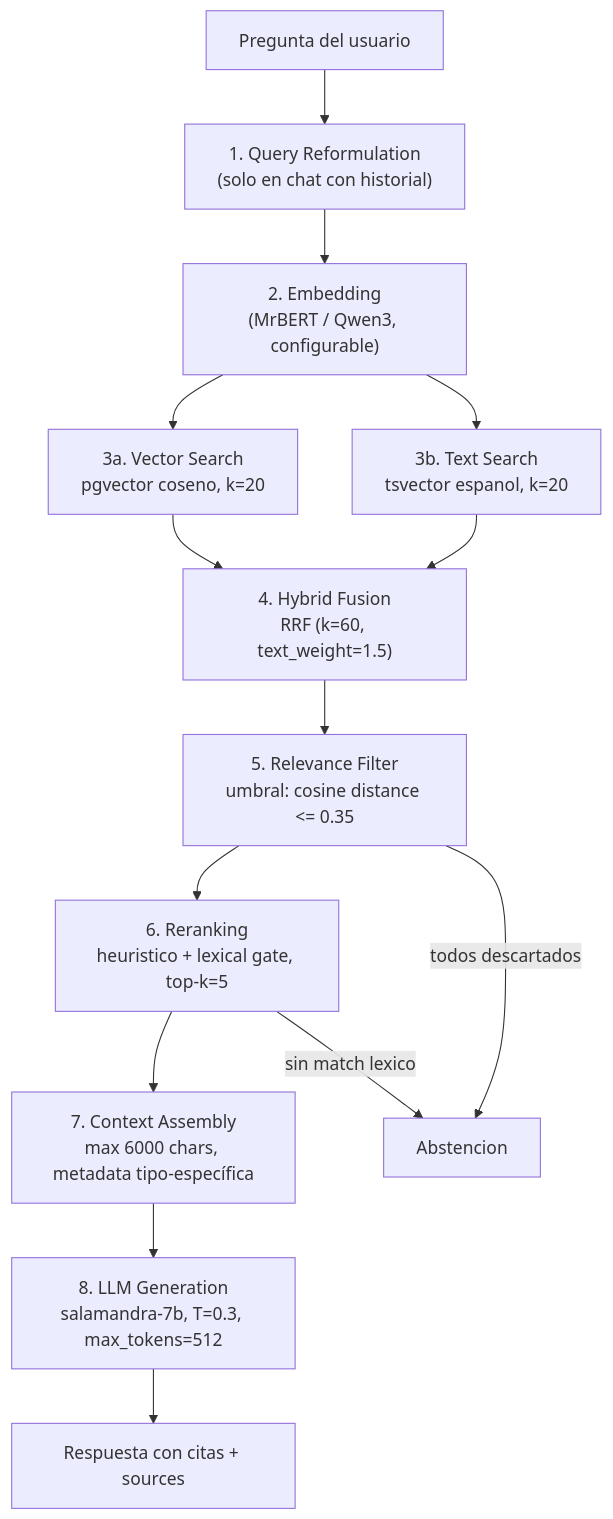
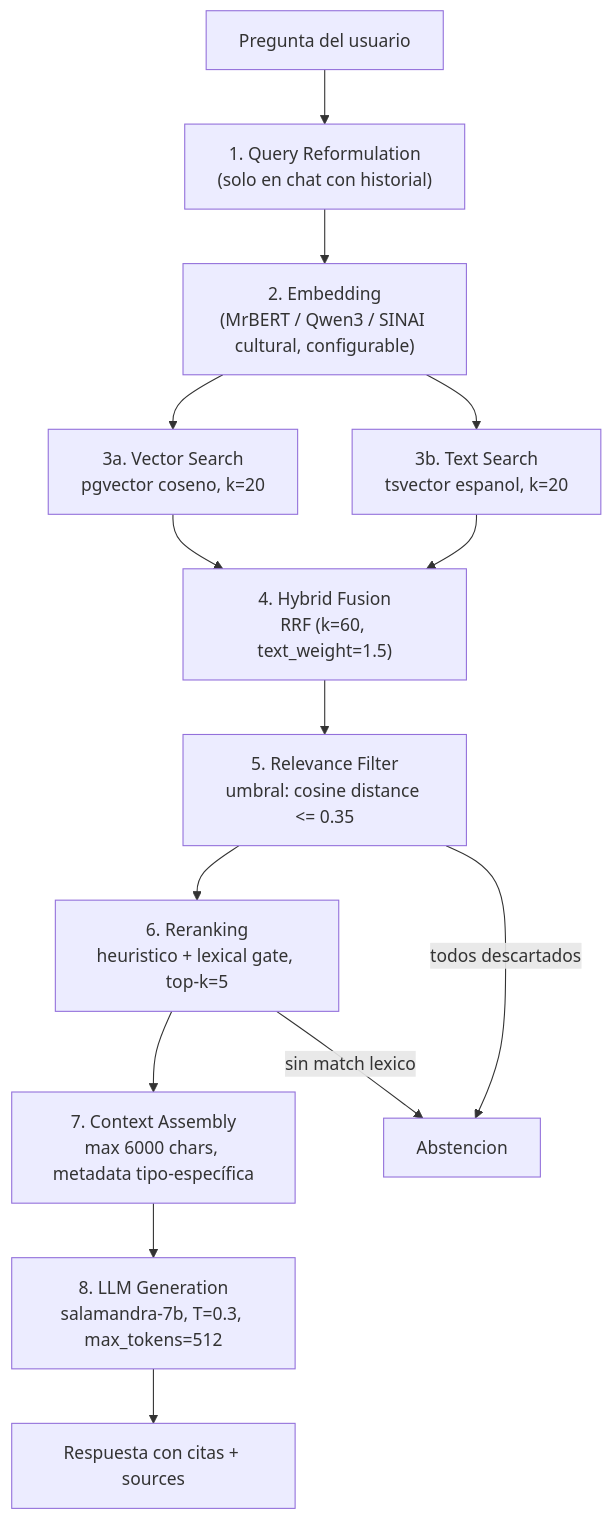
Before and after one commit to sinai-uja/ALIA-demo-patrimonio: the diagram in backend/docs/RAG_PIPELINE.md, drawn with Mermaid. The commit also changed other lines of this file and 4 other files, not shown here.

Commit message:
docs: document SINAI cultural models and v5 chunks migration caveat

````diff
--- a/backend/docs/RAG_PIPELINE.md
+++ b/backend/docs/RAG_PIPELINE.md
@@ -7,16 +7,16 @@
 ```mermaid
 flowchart TD
     Q["Pregunta del usuario"] --> R1
     R1["1. Query Reformulation\n(solo en chat con historial)"] --> E
-    E["2. Embedding\n(MrBERT / Qwen3, configurable)"] --> VS & TS
+    E["2. Embedding\n(MrBERT / Qwen3 / SINAI cultural, configurable)"] --> VS & TS
     VS["3a. Vector Search\npgvector coseno, k=20"] --> HF
     TS["3b. Text Search\ntsvector espanol, k=20"] --> HF
     HF["4. Hybrid Fusion\nRRF (k=60, text_weight=1.5)"] --> RF
     RF["5. Relevance Filter\numbral: cosine distance <= 0.35"] --> RK
     RK["6. Reranking\nheuristico + lexical gate, top-k=5"] --> CA
     CA["7. Context Assembly\nmax 6000 chars, metadata tipo-específica"] --> LLM
     LLM["8. LLM Generation\nsalamandra-7b, T=0.3, max_tokens=512"] --> RES
     RES["Respuesta con citas + sources"]
     RF -- "todos descartados" --> ABS["Abstencion"]
     RK -- "sin match lexico" --> ABS
 ```
````
